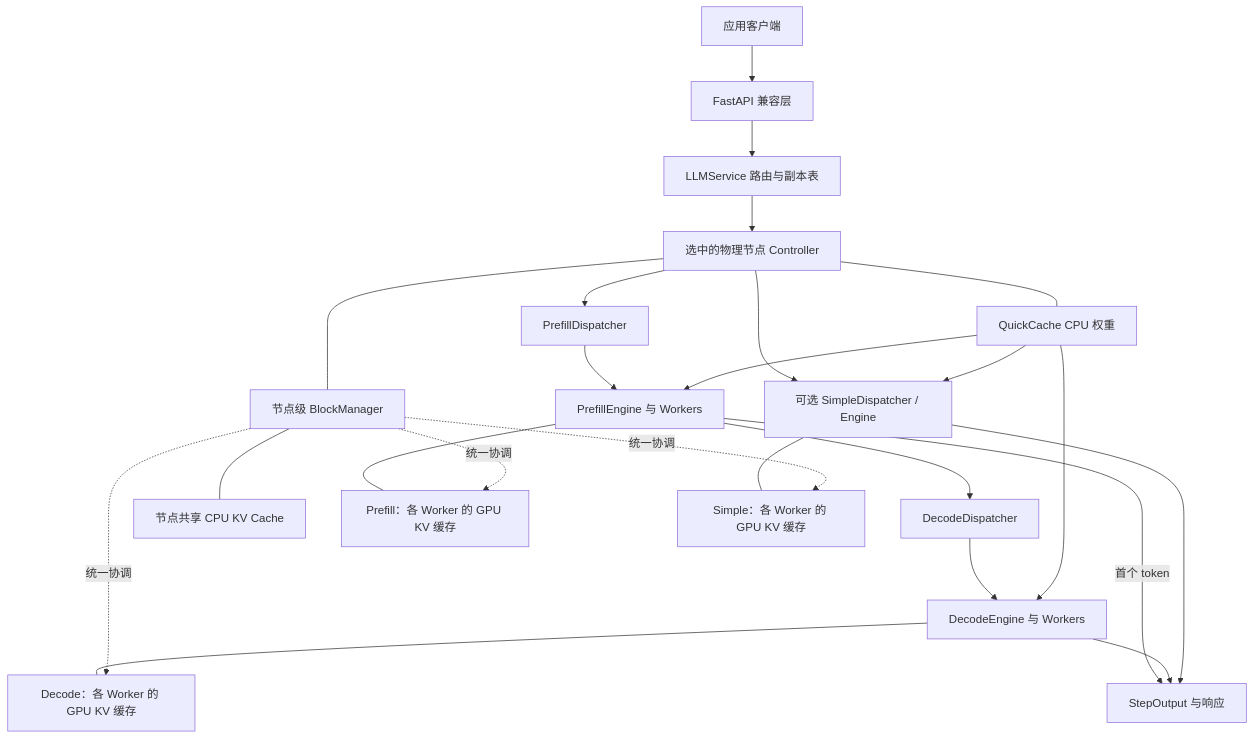
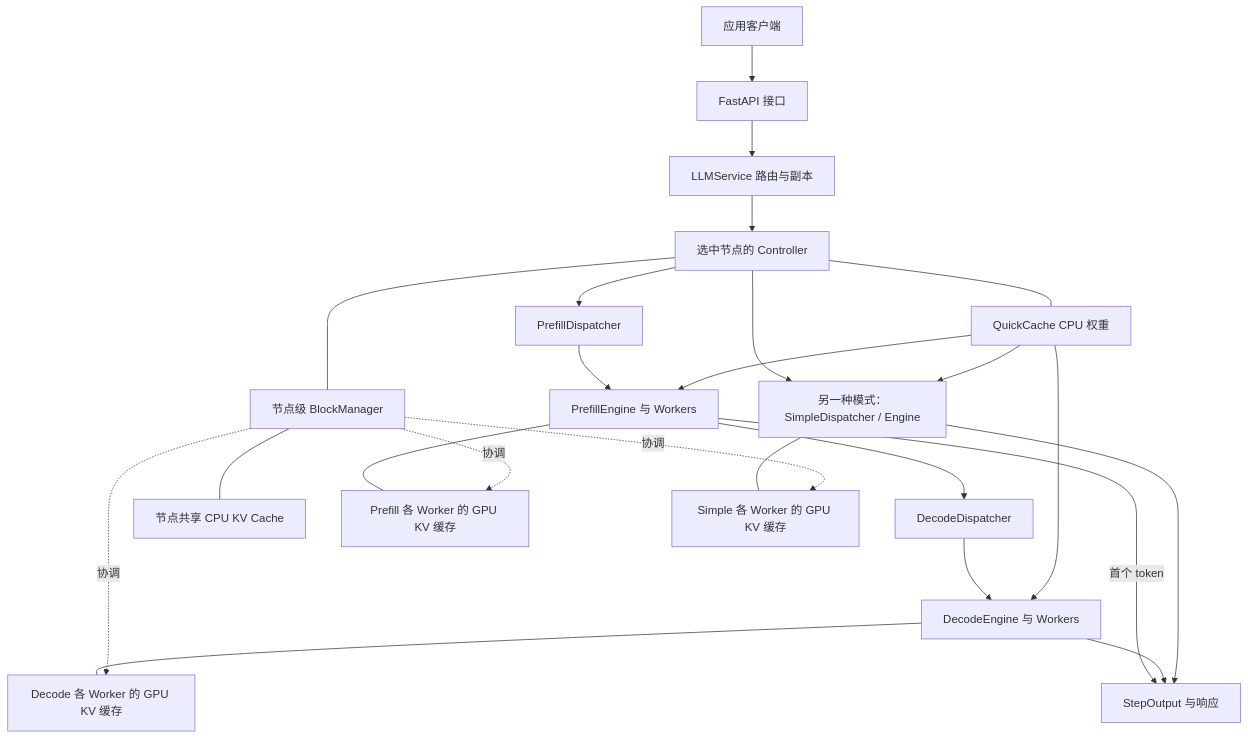
The diagram in docs/zh/architecture.md (asceticism-pku/aegaeon-preview), drawn with Mermaid before and after one commit. The commit also changed other lines of this file and 51 other files, not shown here.

````diff
--- a/docs/zh/architecture.md
+++ b/docs/zh/architecture.md
@@ -3,26 +3,26 @@
 ```mermaid
 flowchart TD
-    Client[应用客户端] --> API[FastAPI 兼容层]
-    API --> Service[LLMService 路由与副本表]
-    Service --> Ctrl[选中的物理节点 Controller]
+    Client[应用客户端] --> API[FastAPI 接口]
+    API --> Service[LLMService 路由与副本]
+    Service --> Ctrl[选中节点的 Controller]
     Ctrl --> PD[PrefillDispatcher]
     PD --> PE[PrefillEngine 与 Workers]
     PE -->|首个 token| Out[StepOutput 与响应]
     PE --> DD[DecodeDispatcher]
     DD --> DE[DecodeEngine 与 Workers]
     DE --> Out
-    Ctrl --> Simple[可选 SimpleDispatcher / Engine]
+    Ctrl --> Simple[另一种模式：SimpleDispatcher / Engine]
     Simple --> Out
     Ctrl --- BM[节点级 BlockManager]
     BM --- CPU[节点共享 CPU KV Cache]
-    PE --- PKV[Prefill：各 Worker 的 GPU KV 缓存]
-    DE --- DKV[Decode：各 Worker 的 GPU KV 缓存]
-    Simple --- SKV[Simple：各 Worker 的 GPU KV 缓存]
-    BM -. 统一协调 .-> PKV
-    BM -. 统一协调 .-> DKV
-    BM -. 统一协调 .-> SKV
+    PE --- PKV[Prefill 各 Worker 的 GPU KV 缓存]
+    DE --- DKV[Decode 各 Worker 的 GPU KV 缓存]
+    Simple --- SKV[Simple 各 Worker 的 GPU KV 缓存]
+    BM -. 协调 .-> PKV
+    BM -. 协调 .-> DKV
+    BM -. 协调 .-> SKV
     Ctrl --- QC[QuickCache CPU 权重]
     QC --> PE
     QC --> DE
     QC --> Simple
 ```
````
